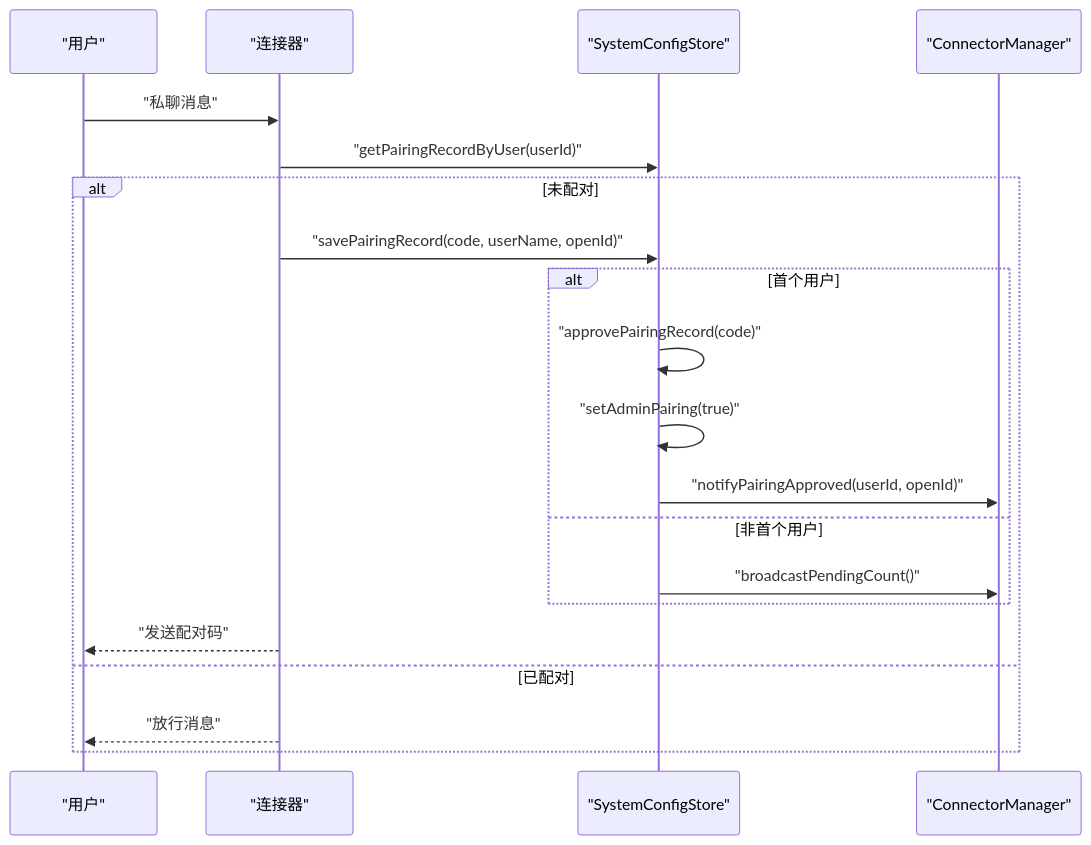
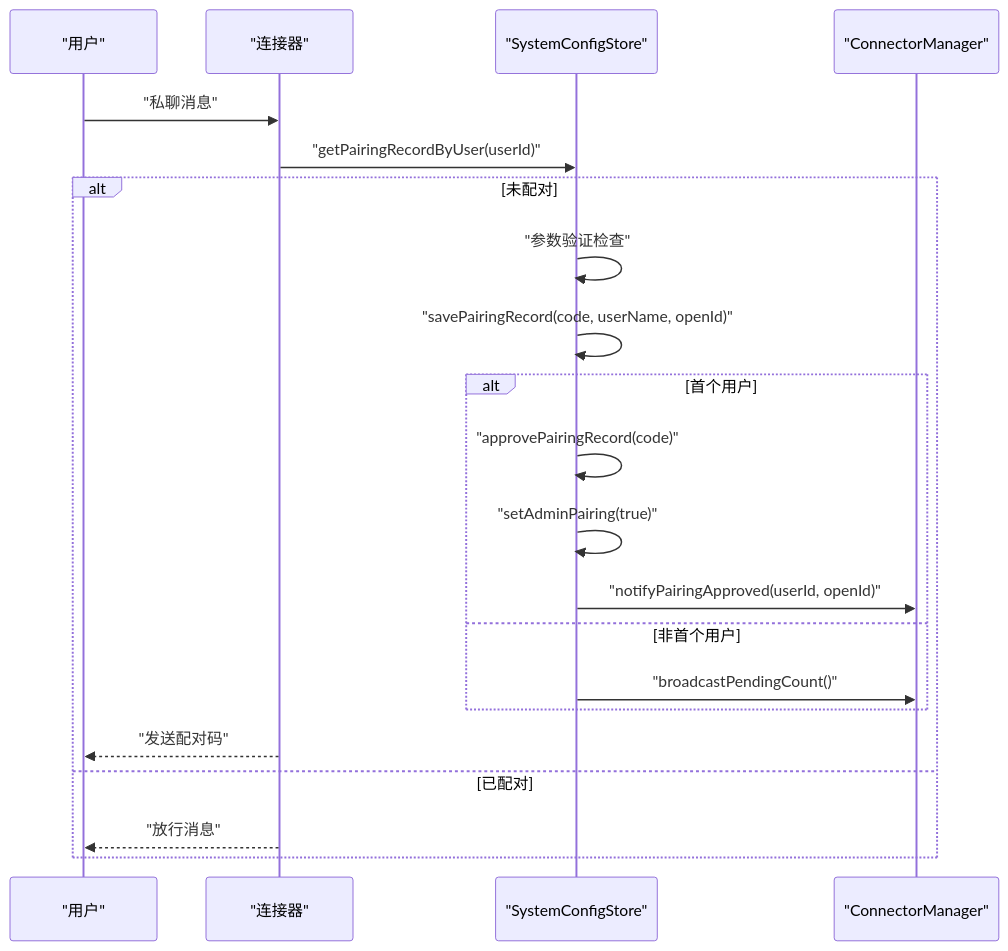
Before and after one commit to HEROhuqinchao/deepbot: the fifth of 6 diagrams in .qoder/repowiki/zh/content/配置管理系统/连接器配置管理.md, drawn with Mermaid. The commit also changed other lines of this file and 5 other files, not shown here.

````diff
--- a/.qoder/repowiki/zh/content/配置管理系统/连接器配置管理.md
+++ b/.qoder/repowiki/zh/content/配置管理系统/连接器配置管理.md
@@ -240,22 +272,23 @@
 ```mermaid
 sequenceDiagram
 participant User as "用户"
 participant Conn as "连接器"
 participant Store as "SystemConfigStore"
 participant Manager as "ConnectorManager"
 User->>Conn : "私聊消息"
 Conn->>Store : "getPairingRecordByUser(userId)"
 alt 未配对
-Conn->>Store : "savePairingRecord(code, userName, openId)"
+Store->>Store : "参数验证检查"
+Store->>Store : "savePairingRecord(code, userName, openId)"
 alt 首个用户
 Store->>Store : "approvePairingRecord(code)"
 Store->>Store : "setAdminPairing(true)"
 Store->>Manager : "notifyPairingApproved(userId, openId)"
 else 非首个用户
 Store->>Manager : "broadcastPendingCount()"
 end
 Conn-->>User : "发送配对码"
 else 已配对
 Conn-->>User : "放行消息"
 end
 ```
````
